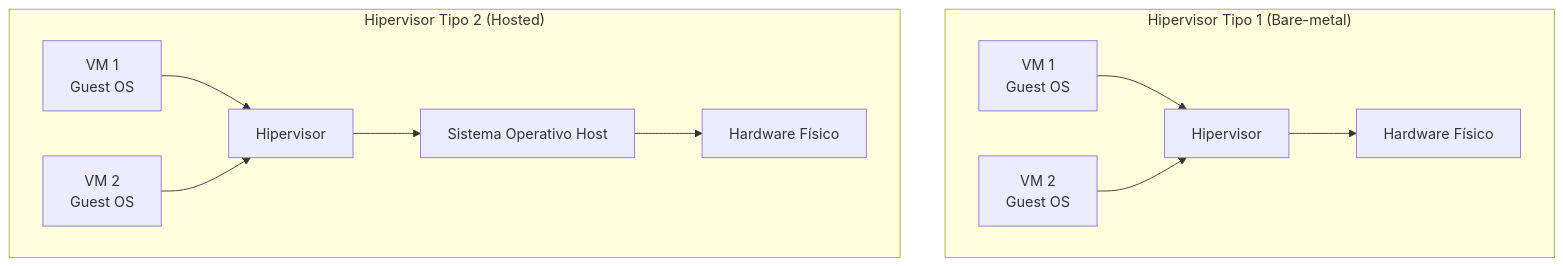
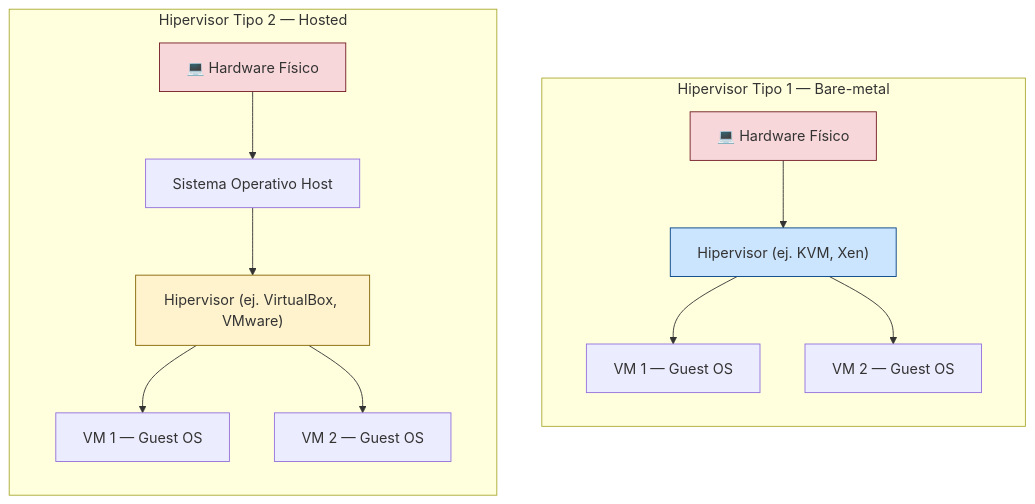
One commit to tectijuana/interfaz changed the first of 10 diagrams in docs/research26a/Virtualización en ARM y nuevos modelos de cómputo/readme.md. Above: the diagram before and after it, drawn with Mermaid. The commit also changed other lines of this file, not shown here.

````diff
--- a/docs/research26a/Virtualización en ARM y nuevos modelos de cómputo/readme.md
+++ b/docs/research26a/Virtualización en ARM y nuevos modelos de cómputo/readme.md
@@ -50,15 +50,28 @@
 ```mermaid
 graph TD
-    subgraph "Hipervisor Tipo 1 (Bare-metal)"
-        A1["VM 1<br/>Guest OS"] --> H1["Hipervisor"]
-        A2["VM 2<br/>Guest OS"] --> H1
-        H1 --> HW1["Hardware Físico"]
+    subgraph T1["Hipervisor Tipo 1 — Bare-metal"]
+        direction TB
+        HW1["💻 Hardware Físico"]
+        H1["Hipervisor (ej. KVM, Xen)"]
+        A1["VM 1 — Guest OS"]
+        A2["VM 2 — Guest OS"]
+        HW1 --> H1 --> A1
+        H1 --> A2
     end
 
-    subgraph "Hipervisor Tipo 2 (Hosted)"
-        B1["VM 1<br/>Guest OS"] --> H2["Hipervisor"]
-        B2["VM 2<br/>Guest OS"] --> H2
-        H2 --> OS2["Sistema Operativo Host"]
-        OS2 --> HW2["Hardware Físico"]
+    subgraph T2["Hipervisor Tipo 2 — Hosted"]
+        direction TB
+        HW2["💻 Hardware Físico"]
+        OS2["Sistema Operativo Host"]
+        H2["Hipervisor (ej. VirtualBox, VMware)"]
+        B1["VM 1 — Guest OS"]
+        B2["VM 2 — Guest OS"]
+        HW2 --> OS2 --> H2 --> B1
+        H2 --> B2
     end
+
+    style H1 fill:#cce5ff,stroke:#004085
+    style H2 fill:#fff3cd,stroke:#856404
+    style HW1 fill:#f8d7da,stroke:#721c24
+    style HW2 fill:#f8d7da,stroke:#721c24
 ```
````
